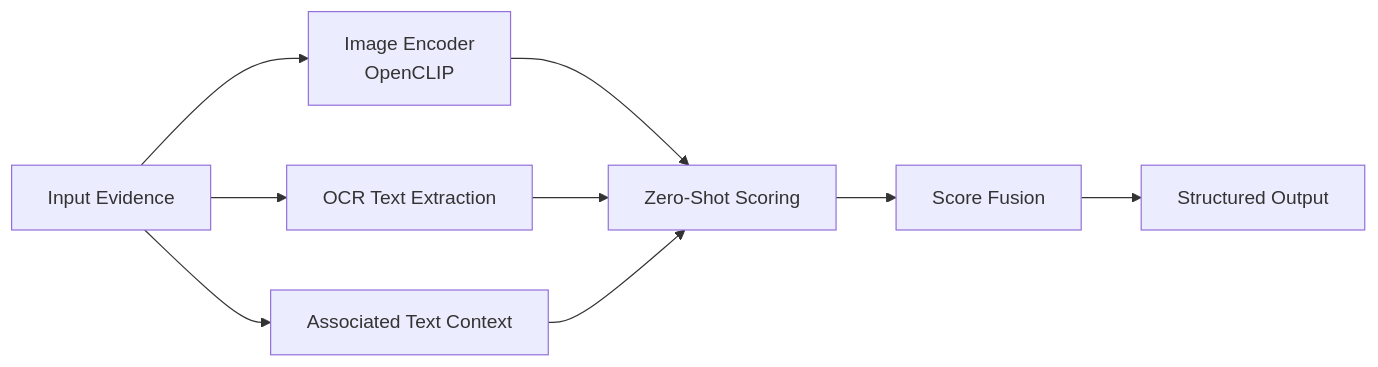
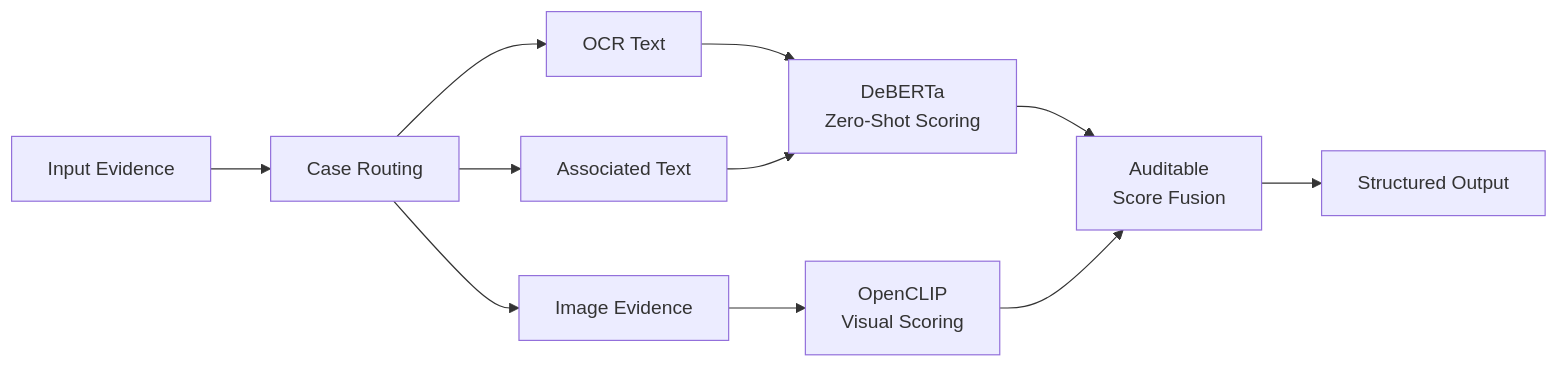
One commit to CS-Ponkoj/CS-Ponkoj changed the diagram in docs/multimodal-forensics-ai.md. Above: the diagram before and after it, drawn with Mermaid. The commit also changed other lines of this file and 10 other files, not shown here.

````diff
--- a/docs/multimodal-forensics-ai.md
+++ b/docs/multimodal-forensics-ai.md
@@ -23,11 +18,13 @@
 ```mermaid
 flowchart LR
-    A["Input Evidence"] --> B["Image Encoder<br/>OpenCLIP"]
-    A --> C["OCR Text Extraction"]
-    A --> D["Associated Text Context"]
-    B --> E["Zero-Shot Scoring"]
-    C --> E
-    D --> E
-    E --> F["Score Fusion"]
-    F --> G["Structured Output"]
+    A["Input Evidence"] --> B["Case Routing"]
+    B --> C["OCR Text"]
+    B --> D["Associated Text"]
+    B --> E["Image Evidence"]
+    C --> F["DeBERTa<br/>Zero-Shot Scoring"]
+    D --> F
+    E --> G["OpenCLIP<br/>Visual Scoring"]
+    F --> H["Auditable<br/>Score Fusion"]
+    G --> H
+    H --> I["Structured Output"]
 ```
````
